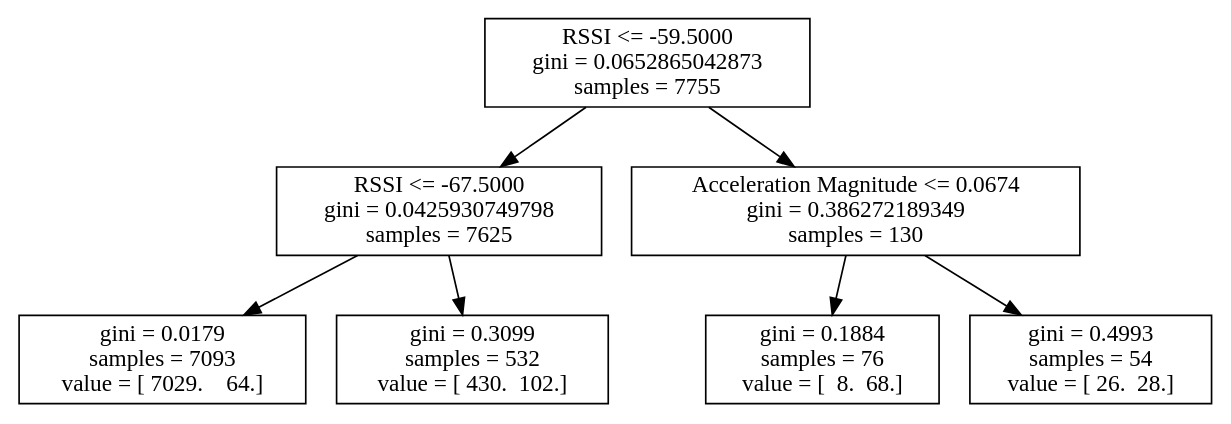
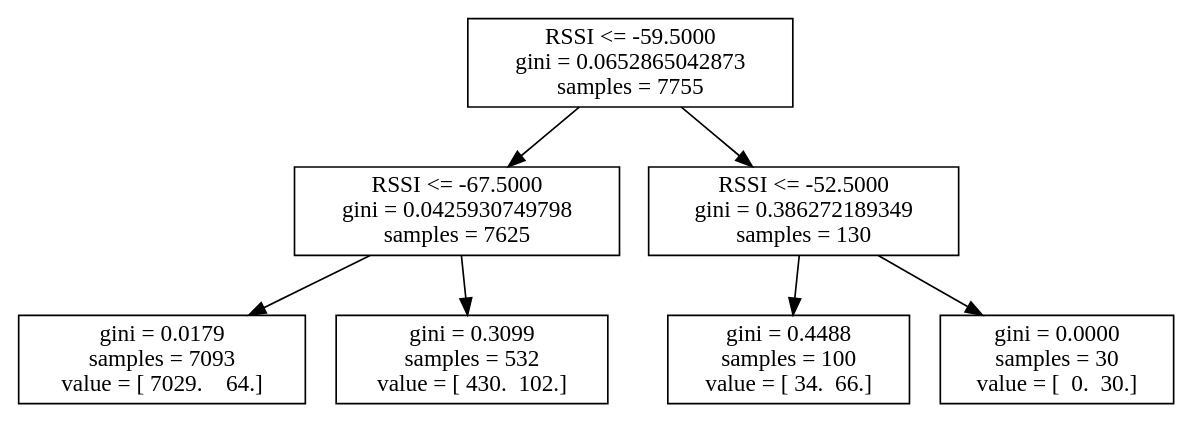
Before and after one commit to atitus5/6s062-Project: the diagram in logs/4_19/log10.dot, drawn with Graphviz. The commit also changed 69 other files, not shown here.

```diff
--- a/logs/4_19/log10.dot
+++ b/logs/4_19/log10.dot
@@ -1,15 +1,15 @@
 digraph Tree {
 0 [label="RSSI <= -59.5000\ngini = 0.0652865042873\nsamples = 7755", shape="box"] ;
 1 [label="RSSI <= -67.5000\ngini = 0.0425930749798\nsamples = 7625", shape="box"] ;
 0 -> 1 ;
 2 [label="gini = 0.0179\nsamples = 7093\nvalue = [ 7029.    64.]", shape="box"] ;
 1 -> 2 ;
 3 [label="gini = 0.3099\nsamples = 532\nvalue = [ 430.  102.]", shape="box"] ;
 1 -> 3 ;
-4 [label="Acceleration Magnitude <= 0.0674\ngini = 0.386272189349\nsamples = 130", shape="box"] ;
+4 [label="RSSI <= -52.5000\ngini = 0.386272189349\nsamples = 130", shape="box"] ;
 0 -> 4 ;
-5 [label="gini = 0.1884\nsamples = 76\nvalue = [  8.  68.]", shape="box"] ;
+5 [label="gini = 0.4488\nsamples = 100\nvalue = [ 34.  66.]", shape="box"] ;
 4 -> 5 ;
-6 [label="gini = 0.4993\nsamples = 54\nvalue = [ 26.  28.]", shape="box"] ;
+6 [label="gini = 0.0000\nsamples = 30\nvalue = [  0.  30.]", shape="box"] ;
 4 -> 6 ;
 }
```
